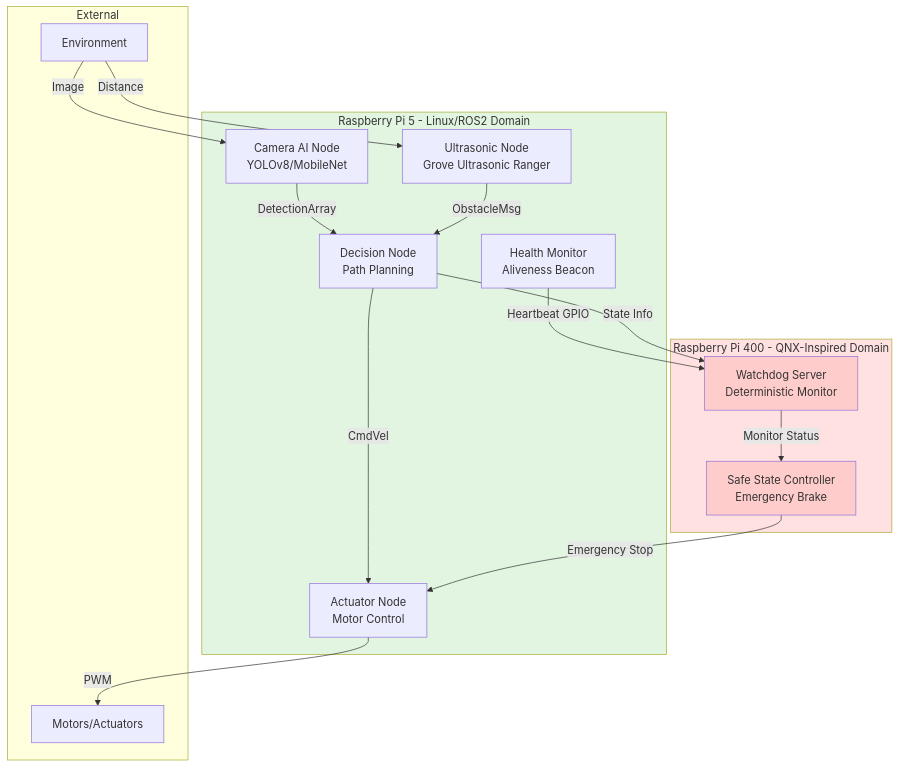
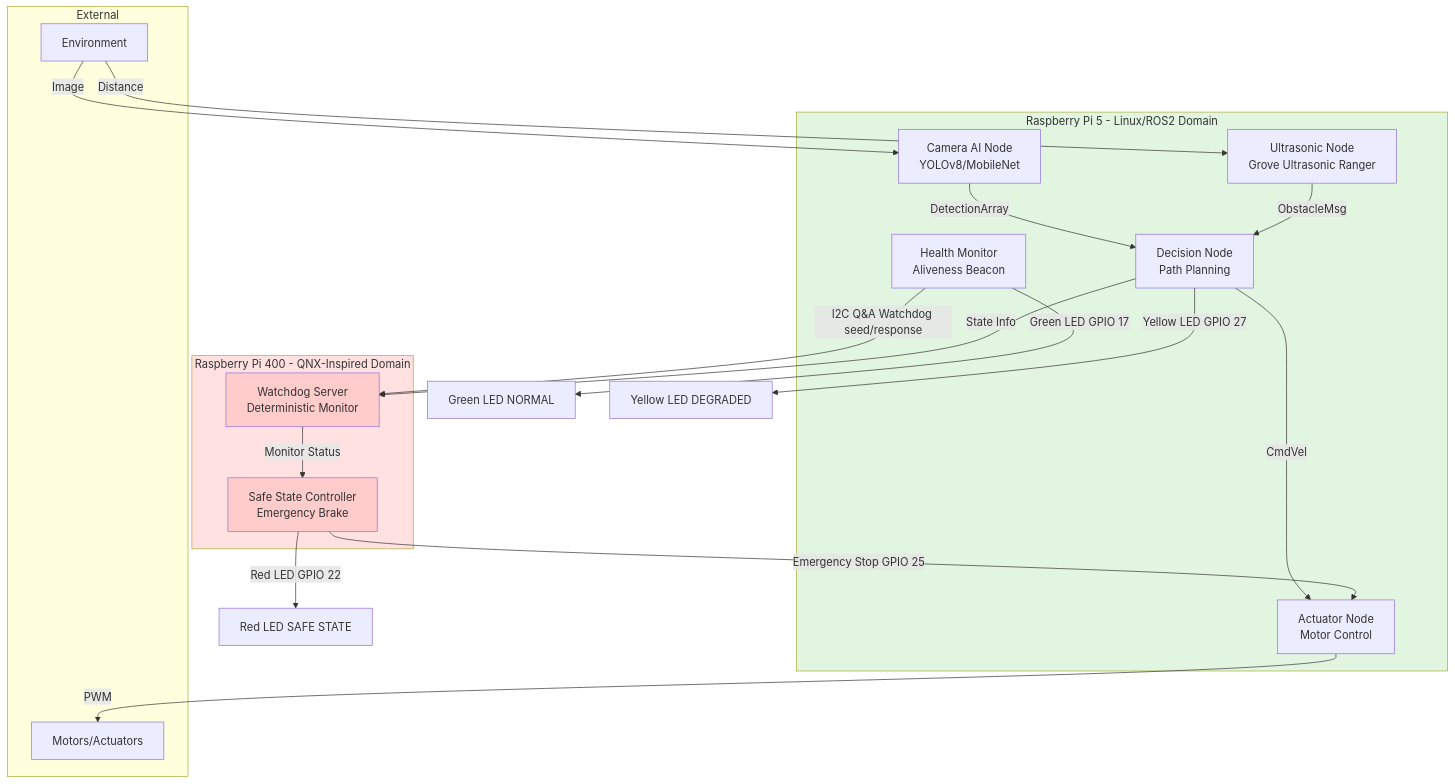
Before and after one commit to tipou82/safety-supervised-edge-ai-demo: the first of 2 diagrams in docs/architecture.md, drawn with Mermaid. The commit also changed other lines of this file and 11 other files, not shown here.

First line of the commit message:
feat: replace GPIO heartbeat with I2C Q&A watchdog — full documentation update

````diff
--- a/docs/architecture.md
+++ b/docs/architecture.md
@@ -9,37 +9,40 @@
 ```mermaid
 graph TB
     subgraph Pi5["Raspberry Pi 5 - Linux/ROS2 Domain"]
         Camera[Camera AI Node<br/>YOLOv8/MobileNet]
         Ultra[Ultrasonic Node<br/>Grove Ultrasonic Ranger]
         Decision[Decision Node<br/>Path Planning]
         Actuator[Actuator Node<br/>Motor Control]
         Health[Health Monitor<br/>Aliveness Beacon]
     end
 
     subgraph Pi400["Raspberry Pi 400 - QNX-Inspired Domain"]
         WDG[Watchdog Server<br/>Deterministic Monitor]
         SafeCtrl[Safe State Controller<br/>Emergency Brake]
     end
 
     subgraph External
         Env[Environment]
         Motors[Motors/Actuators]
     end
 
     Env -->|Image| Camera
     Env -->|Distance| Ultra
     Camera -->|DetectionArray| Decision
     Ultra -->|ObstacleMsg| Decision
     Decision -->|CmdVel| Actuator
     Actuator -->|PWM| Motors
 
-    Health -->|Heartbeat GPIO| WDG
+    Health -->|I2C Q&A Watchdog seed/response| WDG
     Decision -->|State Info| WDG
     WDG -->|Monitor Status| SafeCtrl
-    SafeCtrl -->|Emergency Stop| Actuator
+    SafeCtrl -->|Emergency Stop GPIO 25| Actuator
+    SafeCtrl -->|Red LED GPIO 22| RedLED[Red LED SAFE STATE]
+    Health -->|Green LED GPIO 17| GreenLED[Green LED NORMAL]
+    Decision -->|Yellow LED GPIO 27| YellowLED[Yellow LED DEGRADED]
 
     style Pi5 fill:#e1f5e1
     style Pi400 fill:#ffe1e1
     style WDG fill:#ffcccc
     style SafeCtrl fill:#ffcccc
 ```
````
